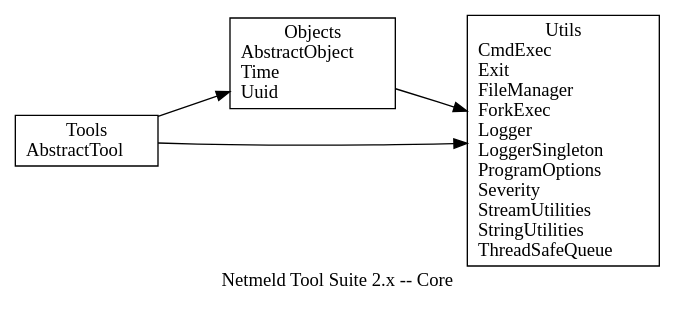
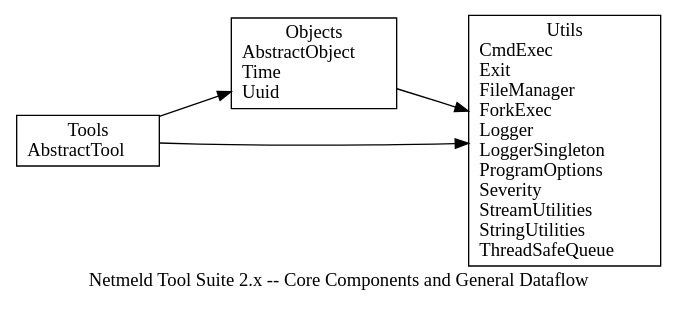
Before and after one commit to netmeld/netmeld: the diagram in core/docs/netmeld-core.dot, drawn with Graphviz. The commit also changed 8 other files, not shown here.

Commit message:
cleanup image, textual flow, obsolete data

```diff
--- a/core/docs/netmeld-core.dot
+++ b/core/docs/netmeld-core.dot
@@ -1,20 +1,20 @@
 digraph netmeld {
   rankdir=LR;
   nodesep=0.75;
   ranksep=0.75;
   newrank=true;
   splines=spline;
 
-  label="Netmeld Tool Suite 2.x -- Core";
+  label="Netmeld Tool Suite 2.x -- Core Components and General Dataflow";
 
   // find core -iname "*.hpp" | sort -u
   // find core/common/utils -iname "*.hpp" -printf '%f\n' | sed -e 's/.hpp/\\l/g' | sort -u | paste -sd '' -
 
   node [shape=rectangle];
   objects [label="Objects\nAbstractObject\lTime\lUuid\l"];
   tools [label="Tools\nAbstractTool\l"];
   utils [label="Utils\nCmdExec\lExit\lFileManager\lForkExec\lLogger\lLoggerSingleton\lProgramOptions\lSeverity\lStreamUtilities\lStringUtilities\lThreadSafeQueue\l"];
 
   tools->{objects utils};
   objects->utils;
 }
```
